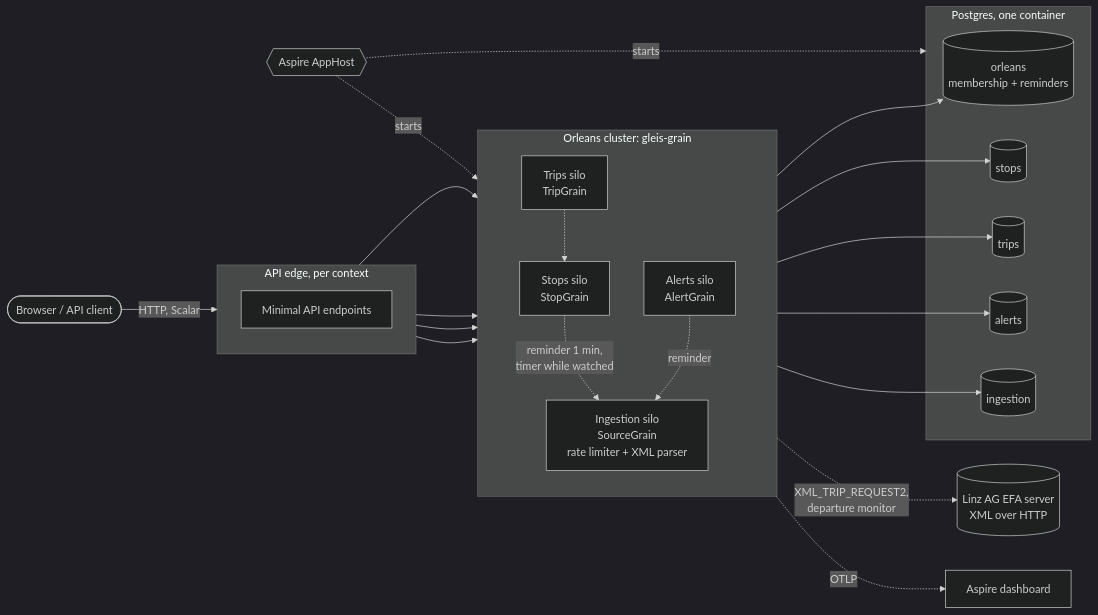
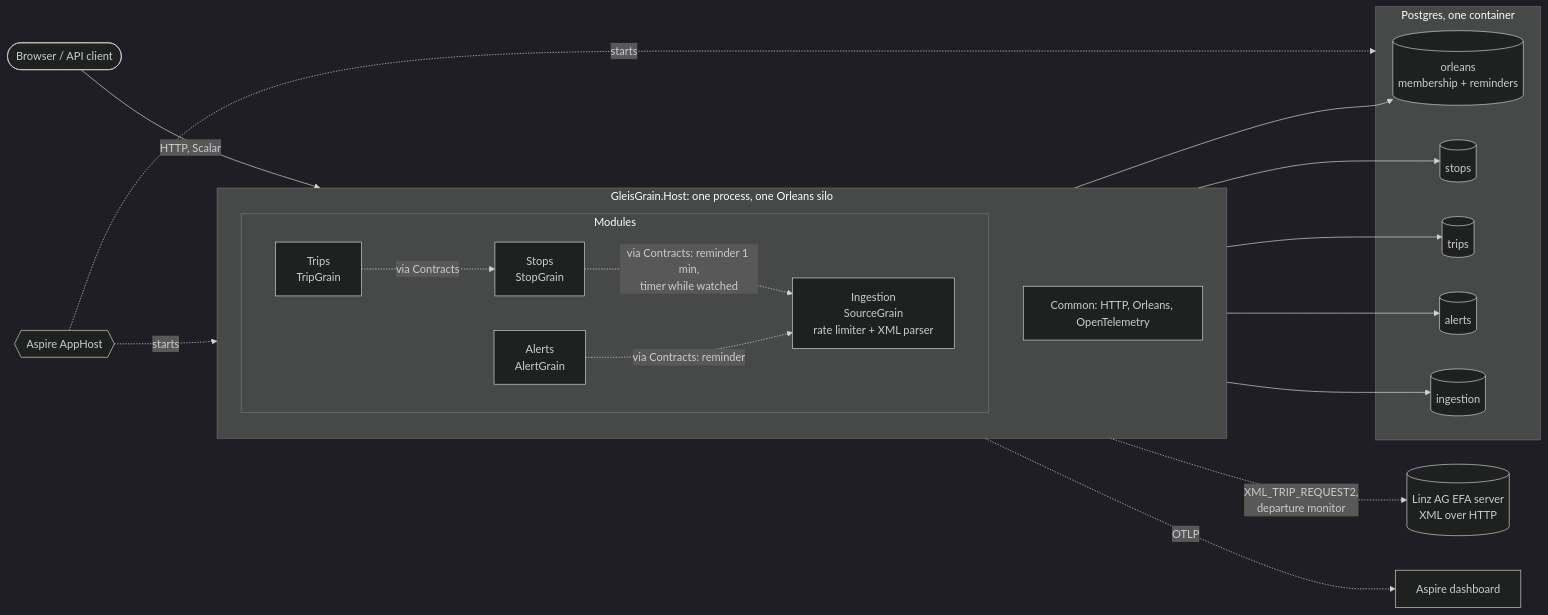
The diagram in docs/architecture.md (MhouneyLH/virtual-cabs), drawn with Mermaid (dark theme) before and after one commit. The commit also changed other lines of this file, not shown here.

Commit message:
docs(architecture): show the modular monolith

````diff
--- a/docs/architecture.md
+++ b/docs/architecture.md
@@ -6,45 +6,42 @@
 ```mermaid
 flowchart LR
     client([Browser / API client])
     efa[(Linz AG EFA server<br/>XML over HTTP)]
 
-    client -- "HTTP, Scalar" --> api
+    client -- "HTTP, Scalar" --> host
 
-    subgraph api [API edge, per context]
+    subgraph host [GleisGrain.Host: one process, one Orleans silo]
         direction TB
-        endpoints[Minimal API endpoints]
+        subgraph modules [Modules]
+            direction LR
+            stops[Stops<br/>StopGrain]
+            trips[Trips<br/>TripGrain]
+            alerts[Alerts<br/>AlertGrain]
+            ingestion[Ingestion<br/>SourceGrain<br/>rate limiter + XML parser]
+        end
+        common[Common: HTTP, Orleans, OpenTelemetry]
     end
 
-    subgraph cluster [Orleans cluster: gleis-grain]
-        direction TB
-        stops[Stops silo<br/>StopGrain]
-        trips[Trips silo<br/>TripGrain]
-        alerts[Alerts silo<br/>AlertGrain]
-        ingestion[Ingestion silo<br/>SourceGrain<br/>rate limiter + XML parser]
-    end
-
-    endpoints --> stops & trips & alerts & ingestion
-
-    stops -. "reminder 1 min,<br/>timer while watched" .-> ingestion
-    alerts -. reminder .-> ingestion
-    trips -.-> stops
+    stops -. "via Contracts: reminder 1 min,<br/>timer while watched" .-> ingestion
+    alerts -. "via Contracts: reminder" .-> ingestion
+    trips -. "via Contracts" .-> stops
     ingestion -. "XML_TRIP_REQUEST2,<br/>departure monitor" .-> efa
 
     subgraph pg [Postgres, one container]
         orleansdb[(orleans<br/>membership + reminders)]
         d1[(stops)]
         d2[(trips)]
         d3[(alerts)]
         d4[(ingestion)]
     end
 
-    cluster --> orleansdb
+    host --> orleansdb
     stops --> d1
     trips --> d2
     alerts --> d3
     ingestion --> d4
 
-    apphost{{Aspire AppHost}} -. starts .-> cluster
+    apphost{{Aspire AppHost}} -. starts .-> host
     apphost -. starts .-> pg
-    cluster -. OTLP .-> dashboard[Aspire dashboard]
+    host -. OTLP .-> dashboard[Aspire dashboard]
 ```
````
